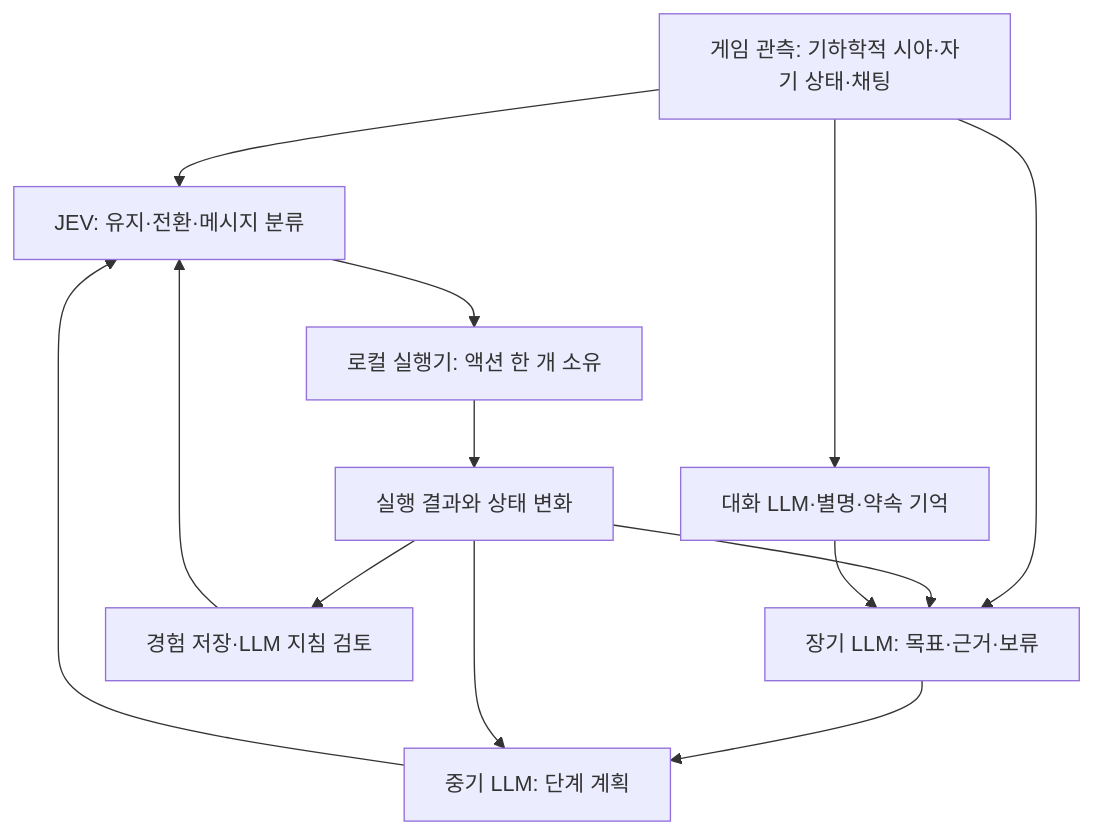
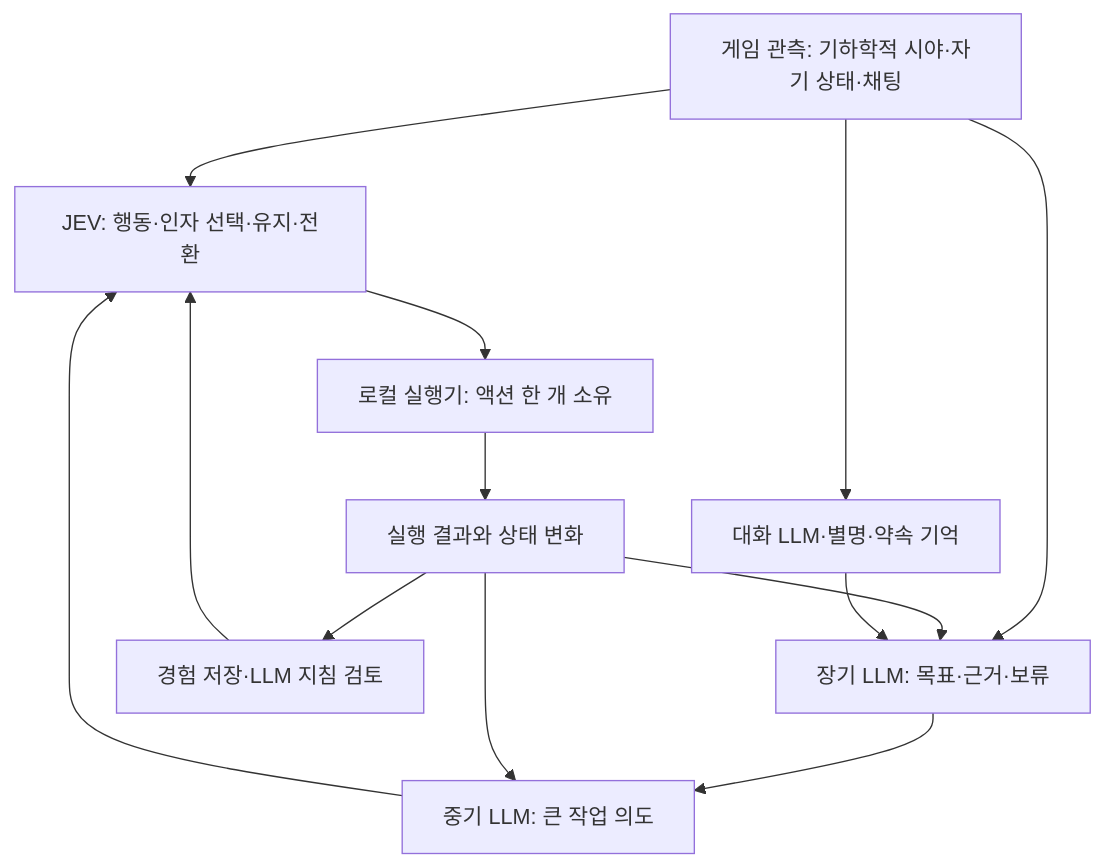
One commit to juny116/minecraft-llm-agent changed the diagram in v2/docs/PORTFOLIO.md. Above: the diagram before and after it, drawn with Mermaid. The commit also changed other lines of this file and 3 other files, not shown here.

````diff
--- a/v2/docs/PORTFOLIO.md
+++ b/v2/docs/PORTFOLIO.md
@@ -14,15 +14,15 @@
 ```mermaid
 flowchart TD
-  G[게임 관측: 기하학적 시야·자기 상태·채팅] --> J[JEV: 유지·전환·메시지 분류]
+  G[게임 관측: 기하학적 시야·자기 상태·채팅] --> J[JEV: 행동·인자 선택·유지·전환]
   G --> L[장기 LLM: 목표·근거·보류]
-  L --> M[중기 LLM: 단계 계획]
+  L --> M[중기 LLM: 큰 작업 의도]
   M --> J
   J --> E[로컬 실행기: 액션 한 개 소유]
   E --> R[실행 결과와 상태 변화]
   R --> X[경험 저장·LLM 지침 검토]
   X --> J
   R --> L
   R --> M
   G --> D[대화 LLM·별명·약속 기억]
   D --> L
 ```
````
